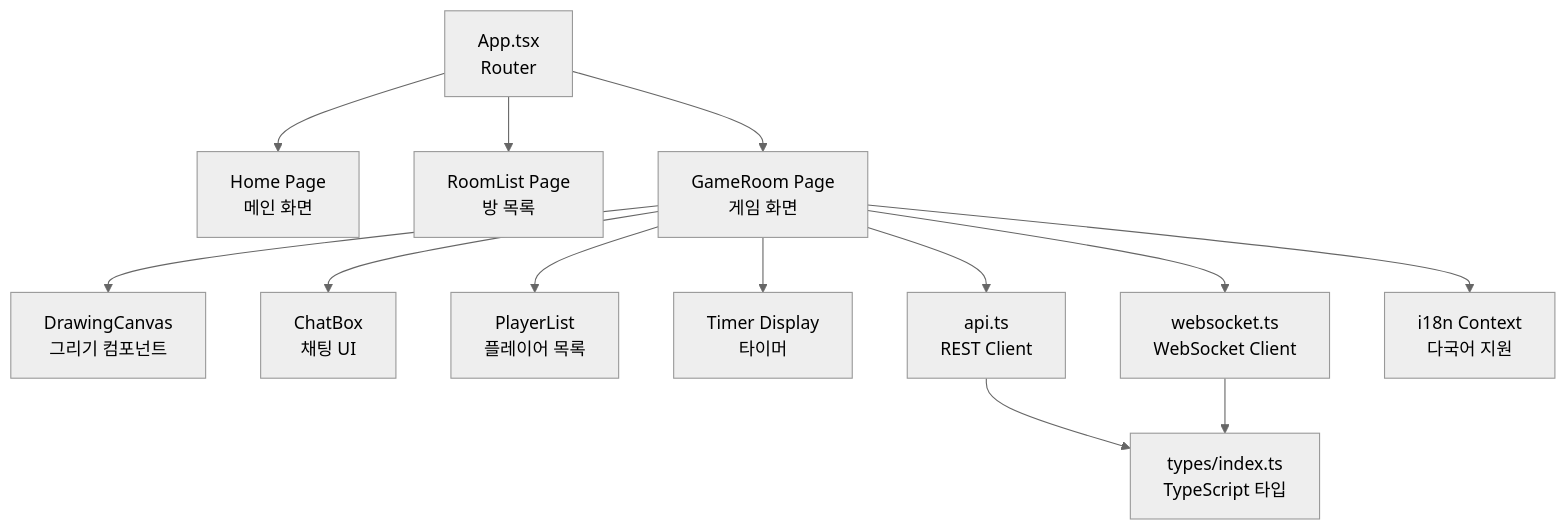
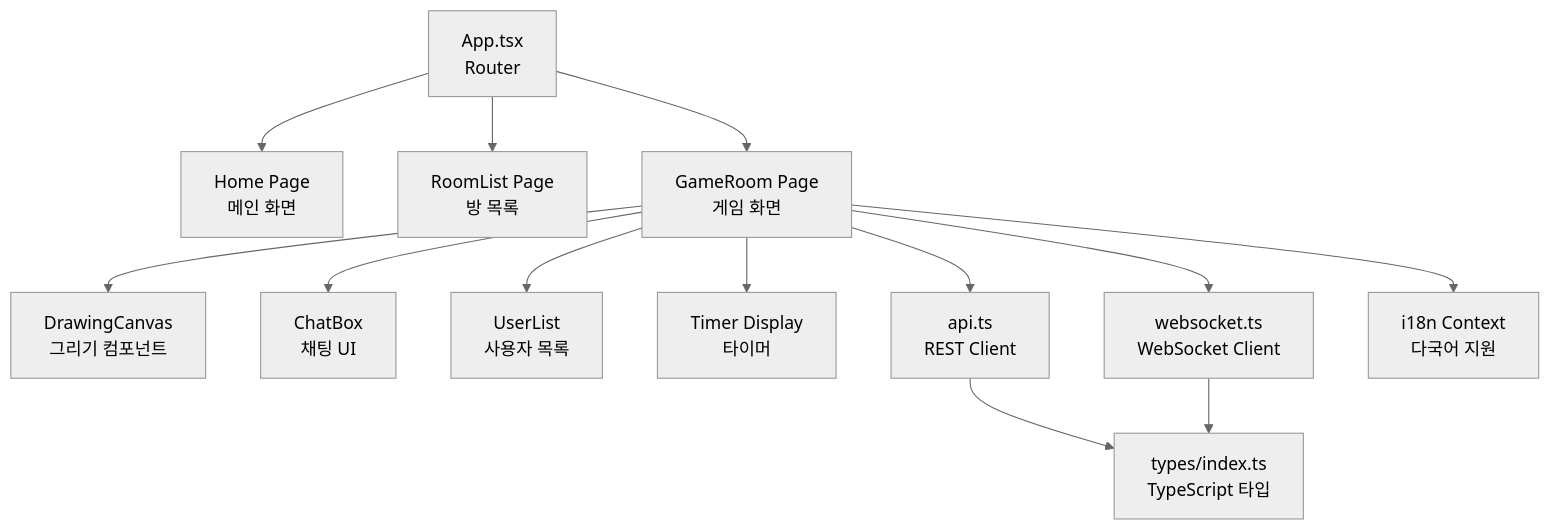
One commit to ten-choi/golang-mini-game changed the second of 8 diagrams in ARCHITECTURE.md. Above: the diagram before and after it, drawn with Mermaid (neutral theme). The commit also changed other lines of this file and 229 other files, not shown here.

````diff
--- a/ARCHITECTURE.md
+++ b/ARCHITECTURE.md
@@ -74,20 +74,20 @@
 ```mermaid
 graph TD
     App[App.tsx<br/>Router]
     App --> Home[Home Page<br/>메인 화면]
     App --> RoomList[RoomList Page<br/>방 목록]
     App --> GameRoom[GameRoom Page<br/>게임 화면]
     
     GameRoom --> Canvas[DrawingCanvas<br/>그리기 컴포넌트]
     GameRoom --> ChatBox[ChatBox<br/>채팅 UI]
-    GameRoom --> PlayerList[PlayerList<br/>플레이어 목록]
+    GameRoom --> UserList[UserList<br/>사용자 목록]
     GameRoom --> Timer[Timer Display<br/>타이머]
     
     GameRoom --> API[api.ts<br/>REST Client]
     GameRoom --> WS[websocket.ts<br/>WebSocket Client]
     
     API --> Types[types/index.ts<br/>TypeScript 타입]
     WS --> Types
     
     GameRoom --> i18n[i18n Context<br/>다국어 지원]
 ```
````
